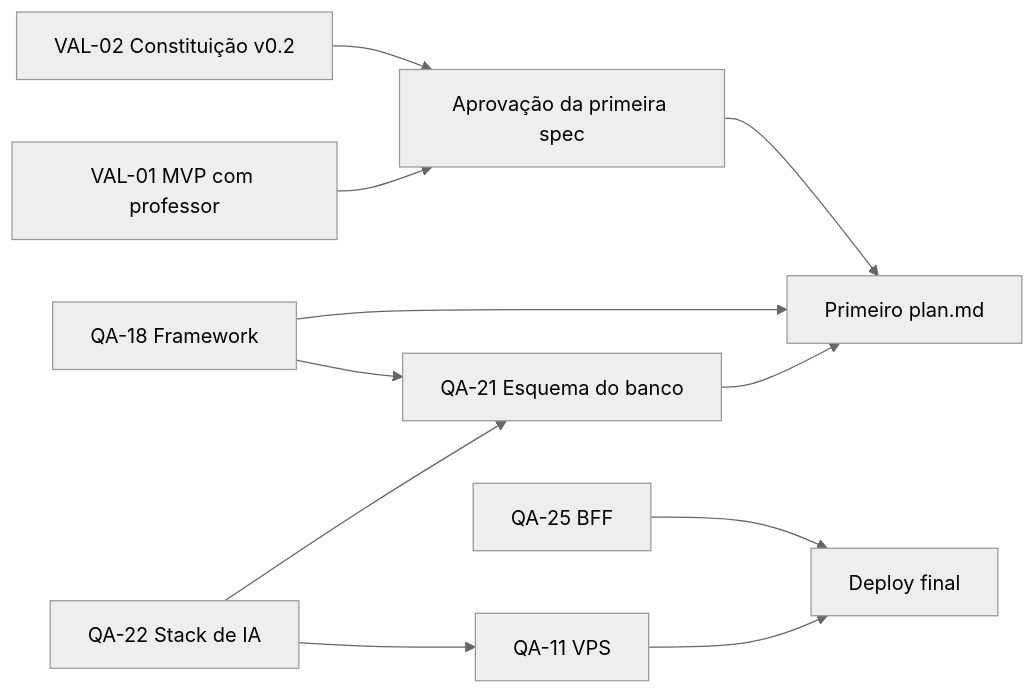
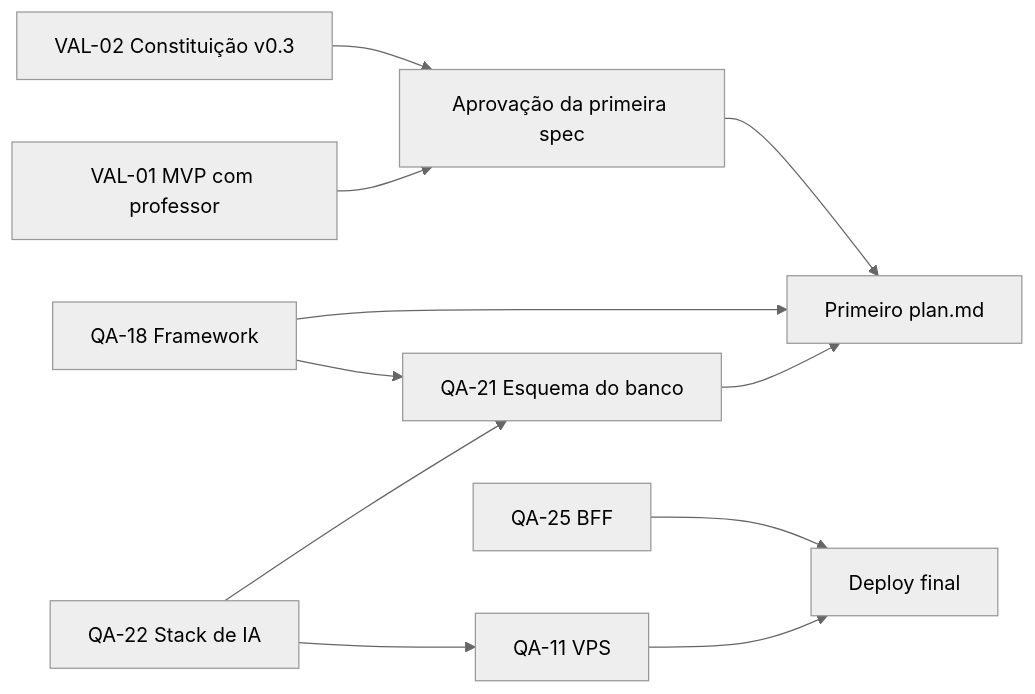
Before and after one commit to AAPW-Systems/plataforma-estudo-gamificada: the diagram in docs/produto/pendencias.md, drawn with Mermaid (neutral theme). The commit also changed other lines of this file and 9 other files, not shown here.

````diff
--- a/docs/produto/pendencias.md
+++ b/docs/produto/pendencias.md
@@ -38,13 +40,13 @@
 ```mermaid
 flowchart LR
     QA22[QA-22 Stack de IA] --> QA21[QA-21 Esquema do banco]
     QA18[QA-18 Framework] --> QA21
     QA22 --> QA11[QA-11 VPS]
     QA21 --> PLAN[Primeiro plan.md]
     QA18 --> PLAN
     VAL01[VAL-01 MVP com professor] --> SPEC[Aprovação da primeira spec]
-    VAL02[VAL-02 Constituição v0.2] --> SPEC
+    VAL02[VAL-02 Constituição v0.3] --> SPEC
     SPEC --> PLAN
     QA11 --> DEPLOY[Deploy final]
     QA25[QA-25 BFF] --> DEPLOY
 ```
````
